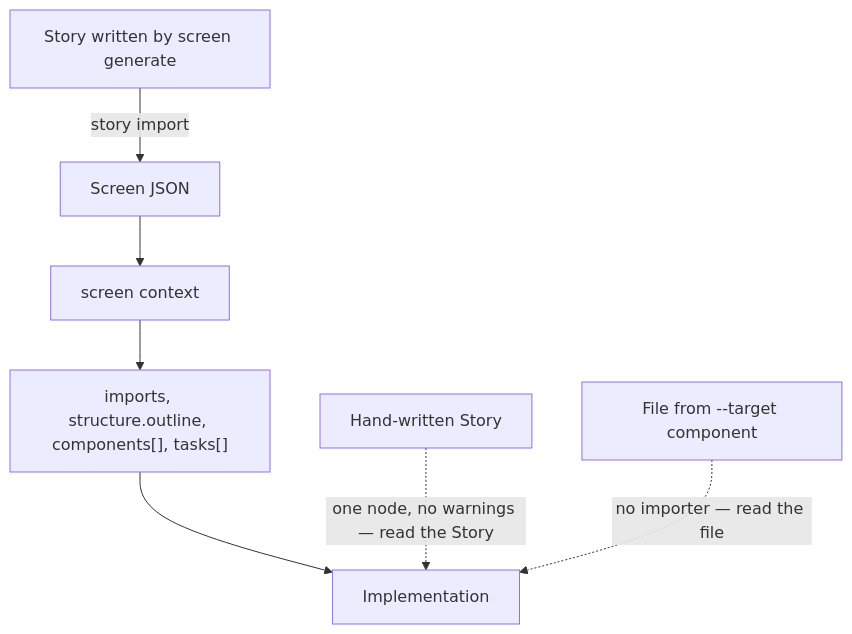
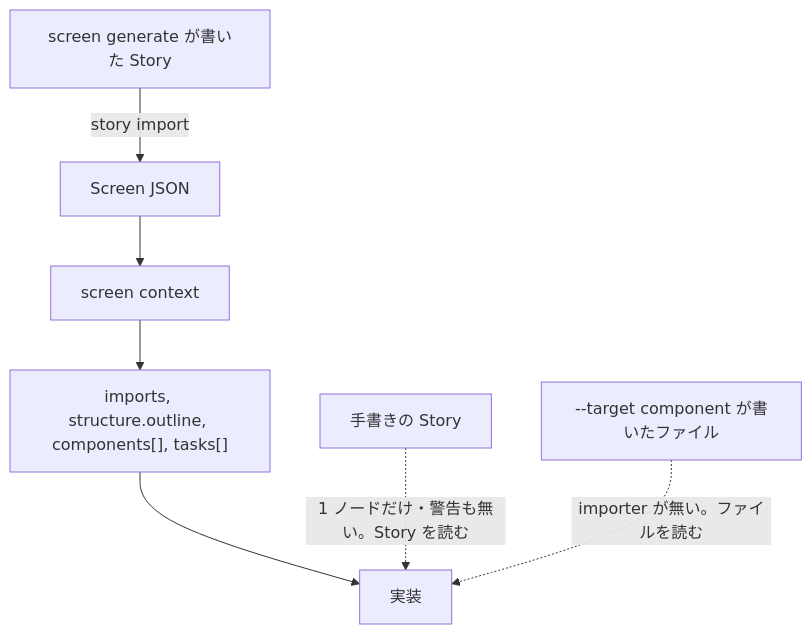
The fourth of 4 diagrams in docs/ja/workflows.md (yosegi-dev/yosegi), drawn with Mermaid before and after one commit. The commit also changed other lines of this file and 6 other files, not shown here.

First line of the commit message:
docs: translate the diagram labels on the Japanese pages

````diff
--- a/docs/ja/workflows.md
+++ b/docs/ja/workflows.md
@@ -202,9 +202,9 @@
 ```mermaid
 flowchart TD
-  gen["Story written by screen generate"] -->|"story import"| sj["Screen JSON"]
+  gen["screen generate が書いた Story"] -->|"story import"| sj["Screen JSON"]
   sj --> ctx["screen context"]
   ctx --> keys["imports, structure.outline, components[], tasks[]"]
-  keys --> impl["Implementation"]
-  hand["Hand-written Story"] -.->|"one node, no warnings — read the Story"| impl
-  comp["File from --target component"] -.->|"no importer — read the file"| impl
+  keys --> impl["実装"]
+  hand["手書きの Story"] -.->|"1 ノードだけ・警告も無い。Story を読む"| impl
+  comp["--target component が書いたファイル"] -.->|"importer が無い。ファイルを読む"| impl
 ```
````
